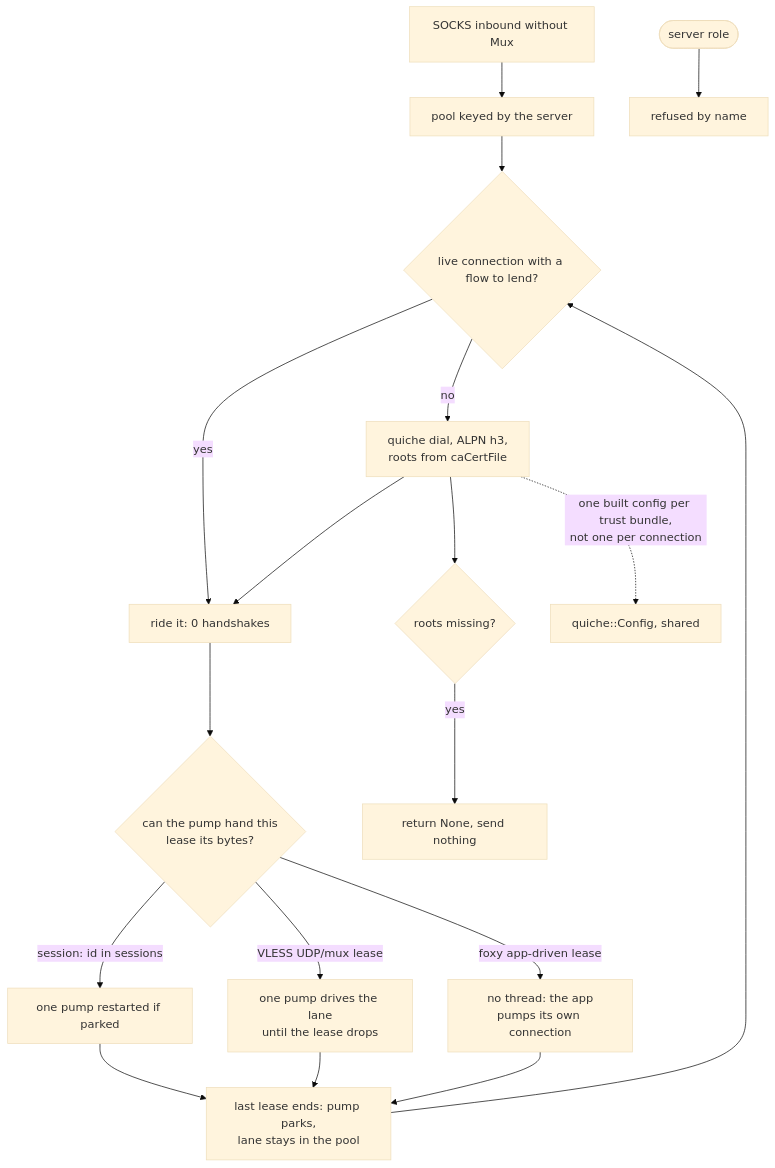
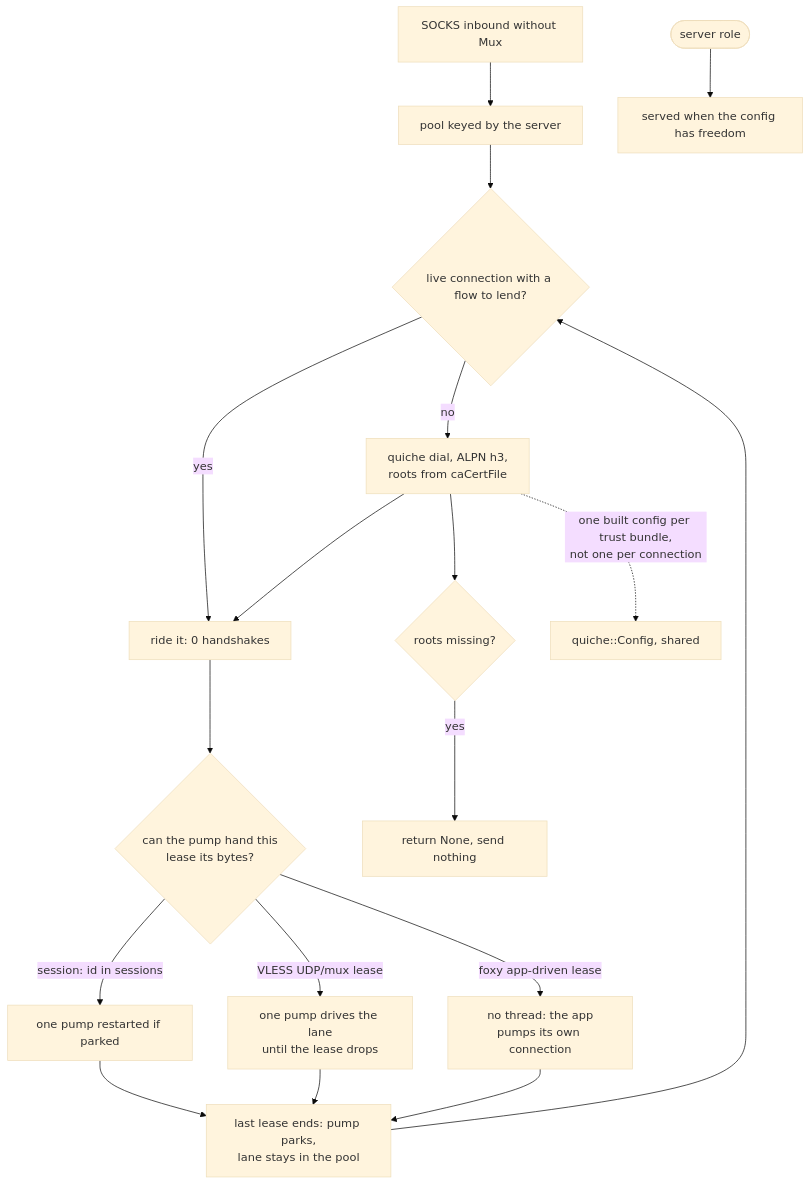
The diagram in docs/function/carrier-quic.md (Ferrocite/ferrox), drawn with Mermaid (base theme) before and after one commit. The commit also changed other lines of this file and 4 other files, not shown here.

````diff
--- a/docs/function/carrier-quic.md
+++ b/docs/function/carrier-quic.md
@@ -25,20 +25,20 @@
 ```mermaid
 graph TD
     S["SOCKS inbound without Mux"] --> P["pool keyed by the server"]
     P --> Q{"live connection with a flow to lend?"}
     Q -- yes --> U["ride it: 0 handshakes"]
     Q -- no --> D["quiche dial, ALPN h3,<br/>roots from caCertFile"]
     D --> U
     U --> V{"can the pump hand this<br/>lease its bytes?"}
     V -- "session: id in sessions" --> W["one pump restarted if parked"]
     V -- "VLESS UDP/mux lease" --> W2["one pump drives the lane<br/>until the lease drops"]
     V -- "foxy app-driven lease" --> Y["no thread: the app<br/>pumps its own connection"]
     W --> K["last lease ends: pump parks,<br/>lane stays in the pool"]
     W2 --> K
     Y --> K
     K --> Q
     D --> N{"roots missing?"}
     N -- yes --> X["return None, send nothing"]
     D -. "one built config per trust bundle,<br/>not one per connection" .-> CF["quiche::Config, shared"]
-    H(["server role"]) --> R["refused by name"]
+    H(["server role"]) --> R["served when the config has freedom"]
 ```
````
